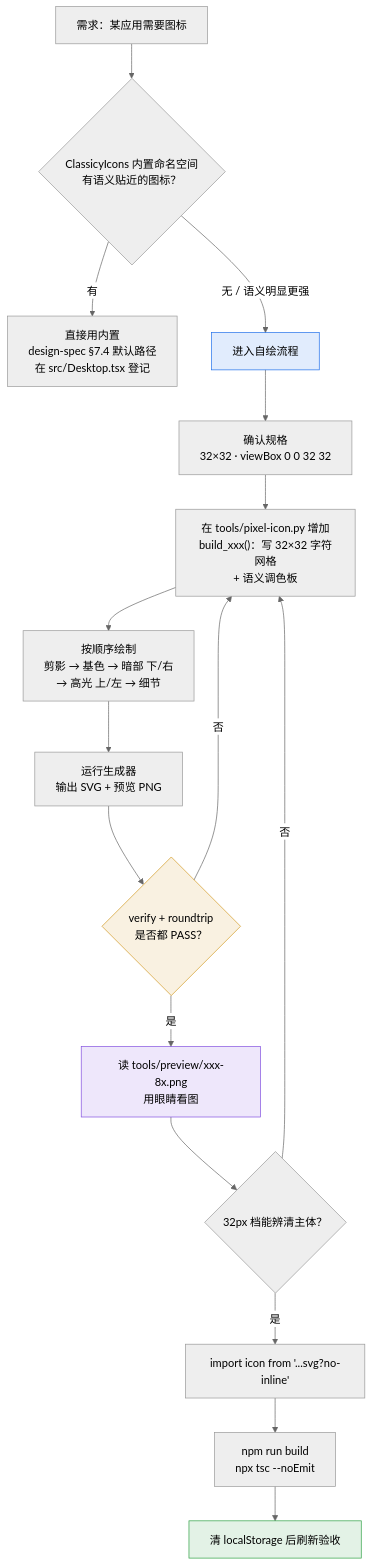
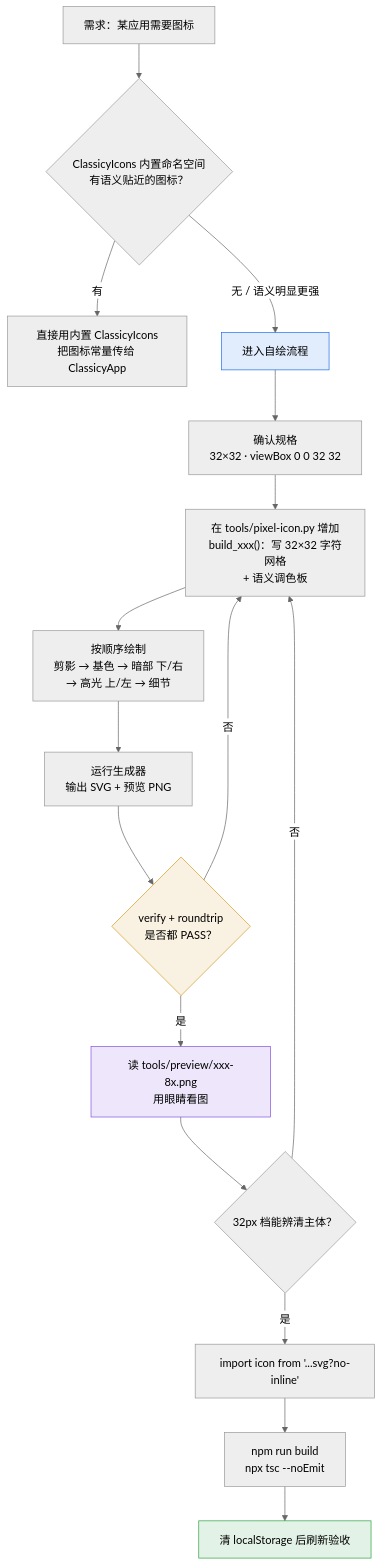
One commit to fankangsong/watchdog-os changed the diagram in docs/icon-pipeline.md. Above: the diagram before and after it, drawn with Mermaid (neutral theme). The commit also changed other lines of this file and 2 other files, not shown here.

First line of the commit message:
chore(图标): 把「遮罩失效」从人工约定改为机器强制拦截

````diff
--- a/docs/icon-pipeline.md
+++ b/docs/icon-pipeline.md
@@ -11,23 +11,23 @@
 ```mermaid
 flowchart TD
     A["需求：某应用需要图标"] --> B{"ClassicyIcons 内置命名空间<br/>有语义贴近的图标？"}
-    B -->|"有"| C["直接用内置<br/>design-spec §7.4 默认路径<br/>在 src/Desktop.tsx 登记"]
+    B -->|"有"| C["直接用内置 ClassicyIcons<br/>把图标常量传给 ClassicyApp"]
     B -->|"无 / 语义明显更强"| D["进入自绘流程"]
     D --> E["确认规格<br/>32×32 · viewBox 0 0 32 32"]
     E --> F["在 tools/pixel-icon.py 增加<br/>build_xxx()：写 32×32 字符网格<br/>+ 语义调色板"]
     F --> G["按顺序绘制<br/>剪影 → 基色 → 暗部 下/右<br/>→ 高光 上/左 → 细节"]
     G --> H["运行生成器<br/>输出 SVG + 预览 PNG"]
     H --> I{"verify + roundtrip<br/>是否都 PASS？"}
     I -->|"否"| F
     I -->|"是"| J["读 tools/preview/xxx-8x.png<br/>用眼睛看图"]
     J --> K{"32px 档能辨清主体？"}
     K -->|"否"| F
     K -->|"是"| L["import icon from '...svg?no-inline'"]
     L --> M["npm run build<br/>npx tsc --noEmit"]
     M --> N["清 localStorage 后刷新验收"]
 
     style D fill:#1f6feb22,stroke:#1f6feb
     style I fill:#d2992222,stroke:#d29922
     style J fill:#8250df22,stroke:#8250df
     style N fill:#2ea04322,stroke:#2ea043
 ```
````
